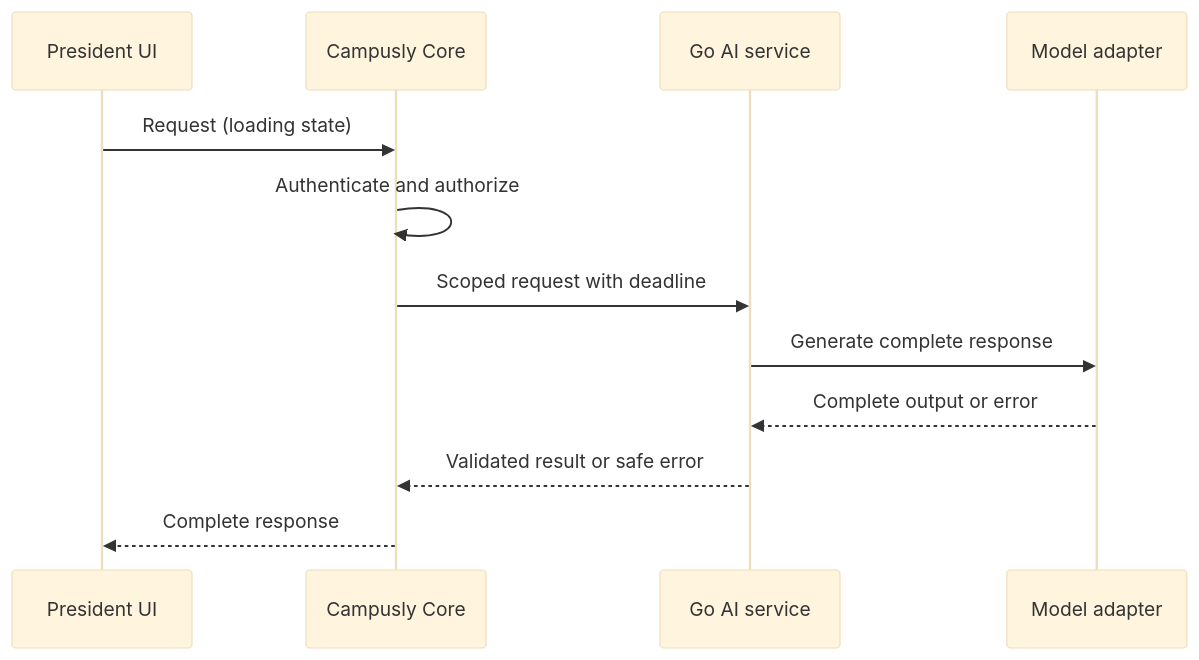
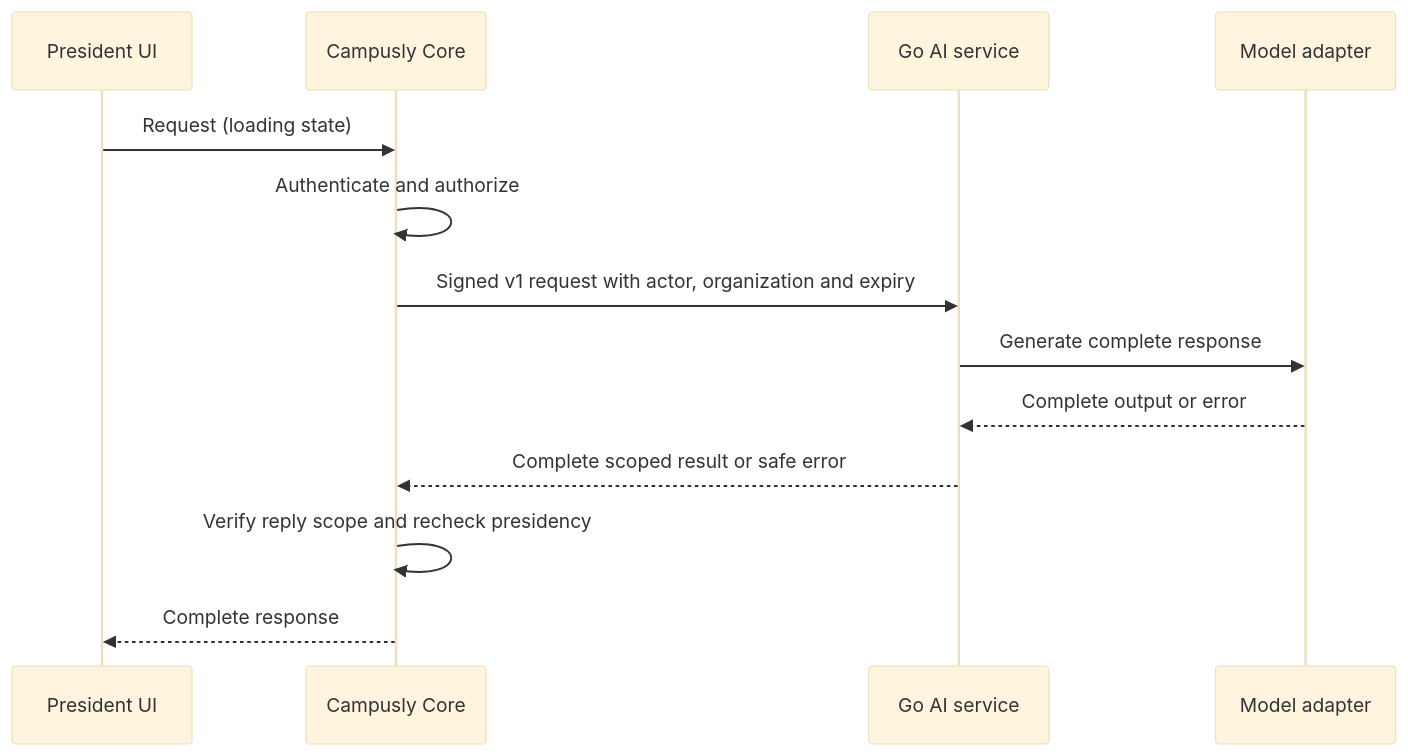
The second of 2 diagrams in docs/engineering/ARCHITECTURE.md (chandra-deb/campusly-ai-agent), drawn with Mermaid (base theme) before and after one commit. The commit also changed other lines of this file and 7 other files, not shown here.

Commit message:
Record the verified A1 assistant flow

````diff
--- a/docs/engineering/ARCHITECTURE.md
+++ b/docs/engineering/ARCHITECTURE.md
@@ -29,14 +29,15 @@
 ```mermaid
 sequenceDiagram
   participant U as President UI
   participant C as Campusly Core
   participant A as Go AI service
   participant M as Model adapter
   U->>C: Request (loading state)
   C->>C: Authenticate and authorize
-  C->>A: Scoped request with deadline
+  C->>A: Signed v1 request with actor, organization and expiry
   A->>M: Generate complete response
   M-->>A: Complete output or error
-  A-->>C: Validated result or safe error
+  A-->>C: Complete scoped result or safe error
+  C->>C: Verify reply scope and recheck presidency
   C-->>U: Complete response
 ```
````
